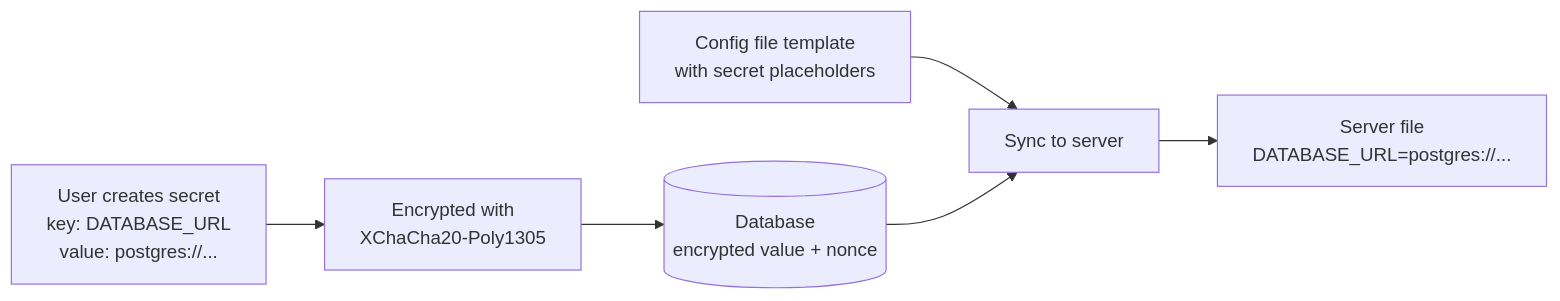
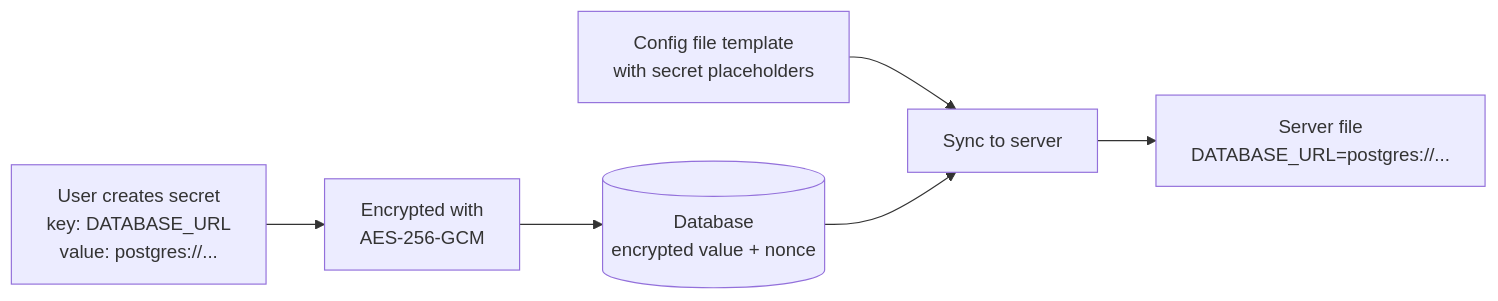
The first of 2 diagrams in docs/guides/secrets.md (bridgeinpt/bridgeport), drawn with Mermaid before and after one commit. The commit also changed other lines of this file and 102 other files, not shown here.

````diff
--- a/docs/guides/secrets.md
+++ b/docs/guides/secrets.md
@@ -38,9 +38,9 @@
 ```mermaid
 flowchart LR
-    U[User creates secret<br/>key: DATABASE_URL<br/>value: postgres://...] --> E[Encrypted with<br/>XChaCha20-Poly1305]
+    U[User creates secret<br/>key: DATABASE_URL<br/>value: postgres://...] --> E[Encrypted with<br/>AES-256-GCM]
     E --> DB[(Database<br/>encrypted value + nonce)]
 
     CF[Config file template<br/>with secret placeholders] --> Sync[Sync to server]
     DB --> Sync
     Sync --> Server[Server file<br/>DATABASE_URL=postgres://...]
 ```
````
